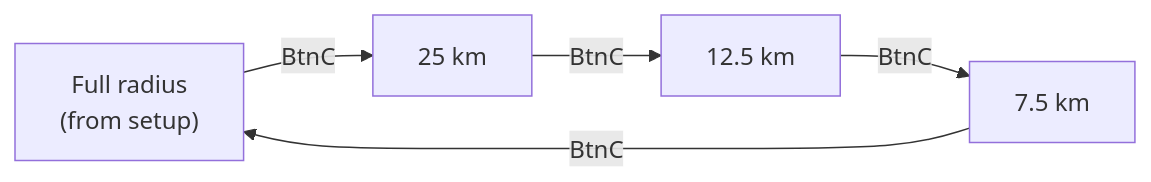
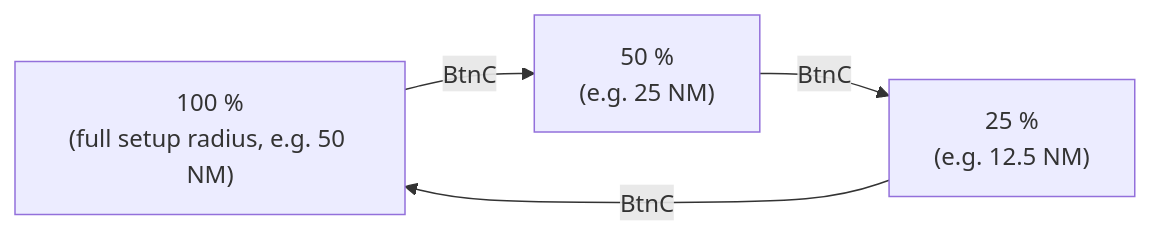
The fifth of 6 diagrams in README.md (svatec/nearplane-plus), drawn with Mermaid before and after one commit. The commit also changed other lines of this file and 2 other files, not shown here.

First line of the commit message:
Fix radar map scale to use radius percentages

````diff
--- a/README.md
+++ b/README.md
@@ -304,4 +304,4 @@
 ```mermaid
 flowchart LR
-    S0["Full radius<br/>(from setup)"] -->|BtnC| S1["25 km"] -->|BtnC| S2["12.5 km"] -->|BtnC| S3["7.5 km"] -->|BtnC| S0
+    S0["100 %<br/>(full setup radius, e.g. 50 NM)"] -->|BtnC| S1["50 %<br/>(e.g. 25 NM)"] -->|BtnC| S2["25 %<br/>(e.g. 12.5 NM)"] -->|BtnC| S0
 ```
````
